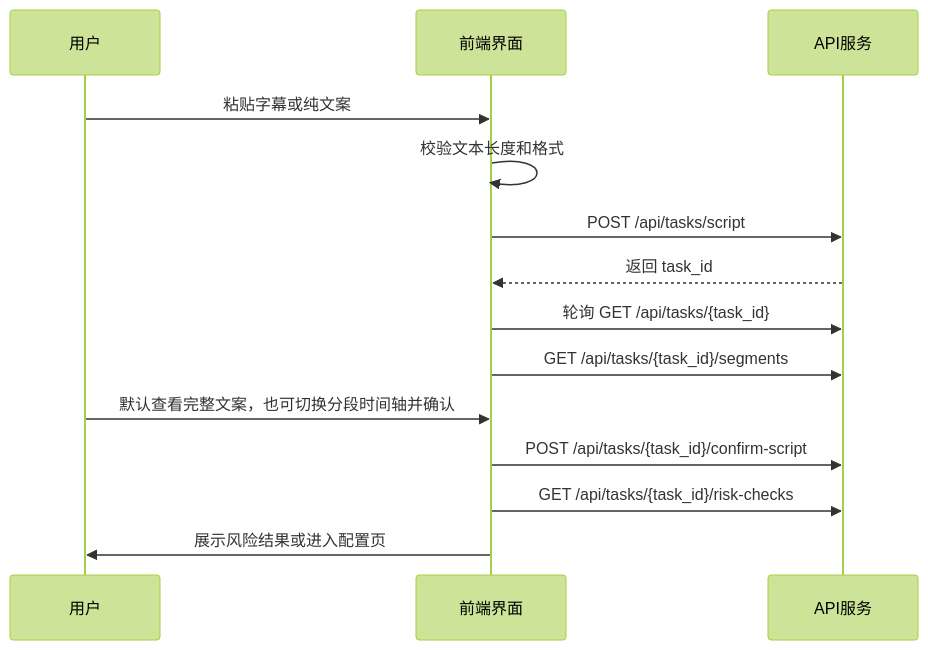
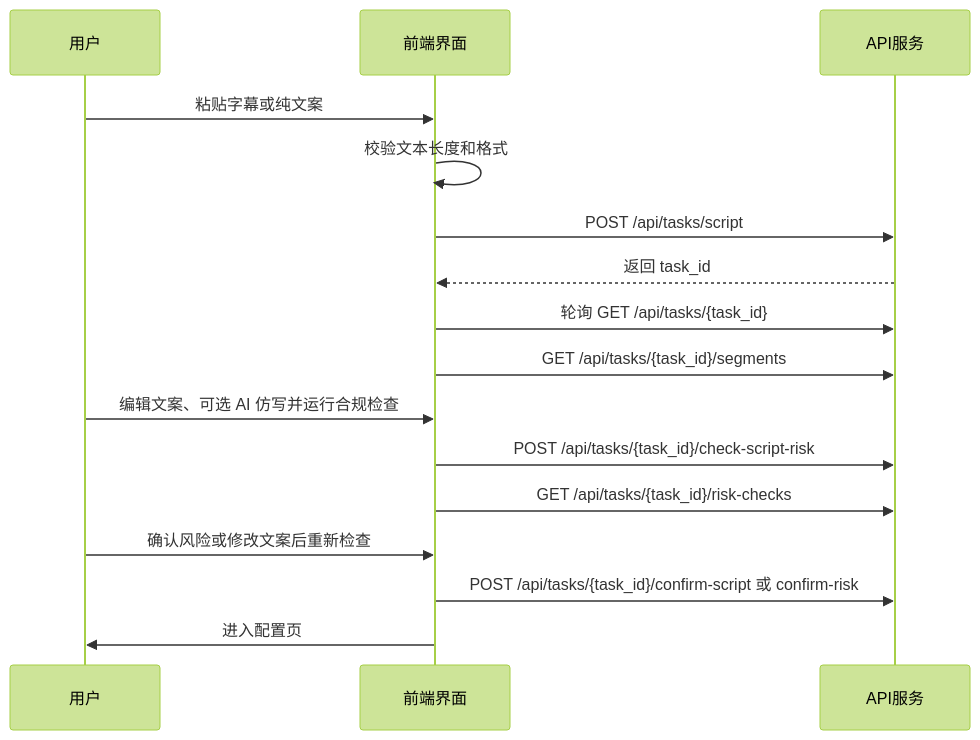
Before and after one commit to AlphaSphere/DigitalHuman: the third of 3 diagrams in docs/ui-design.md, drawn with Mermaid (forest theme). The commit also changed other lines of this file and 118 other files, not shown here.

````diff
--- a/docs/ui-design.md
+++ b/docs/ui-design.md
@@ -120,17 +122,19 @@
 ```mermaid
 sequenceDiagram
   participant User as 用户
   participant UI as 前端界面
   participant API as API服务
 
   User->>UI: 粘贴字幕或纯文案
   UI->>UI: 校验文本长度和格式
   UI->>API: POST /api/tasks/script
   API-->>UI: 返回 task_id
   UI->>API: 轮询 GET /api/tasks/{task_id}
   UI->>API: GET /api/tasks/{task_id}/segments
-  User->>UI: 默认查看完整文案，也可切换分段时间轴并确认
-  UI->>API: POST /api/tasks/{task_id}/confirm-script
+  User->>UI: 编辑文案、可选 AI 仿写并运行合规检查
+  UI->>API: POST /api/tasks/{task_id}/check-script-risk
   UI->>API: GET /api/tasks/{task_id}/risk-checks
-  UI->>User: 展示风险结果或进入配置页
+  User->>UI: 确认风险或修改文案后重新检查
+  UI->>API: POST /api/tasks/{task_id}/confirm-script 或 confirm-risk
+  UI->>User: 进入配置页
 ```
````
